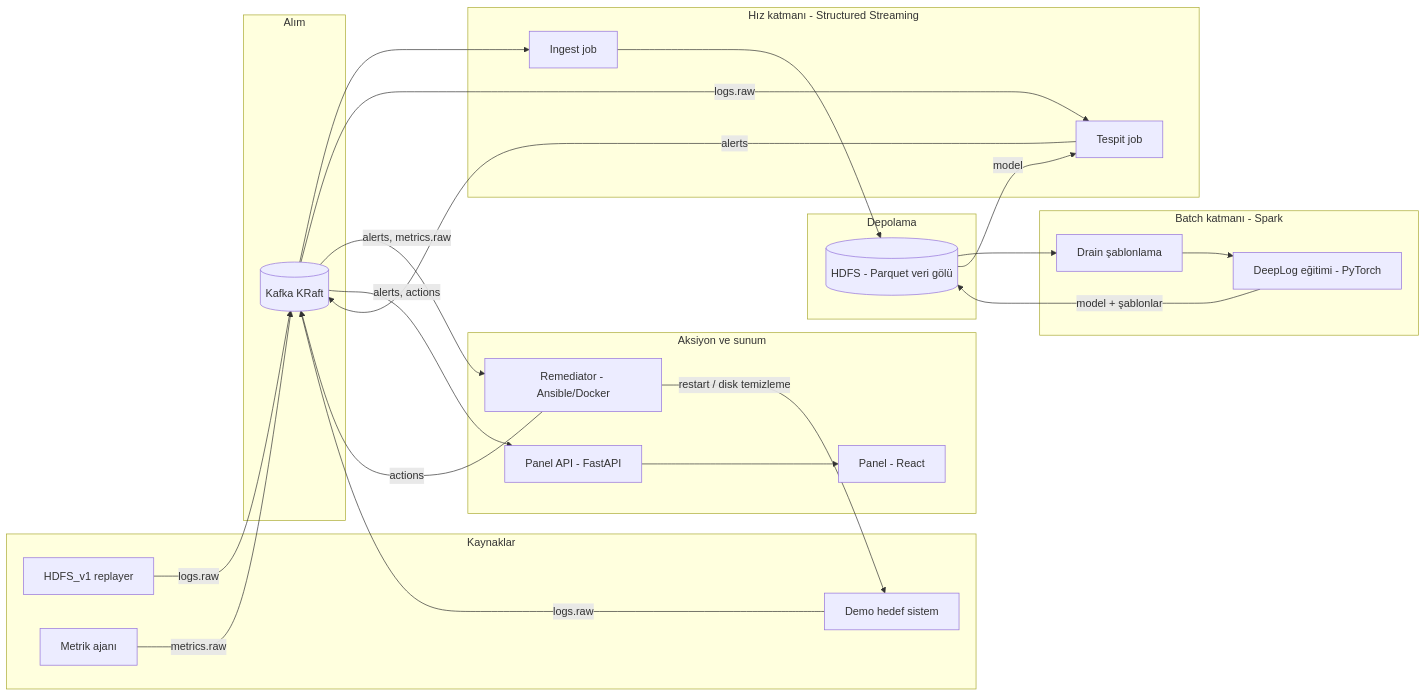
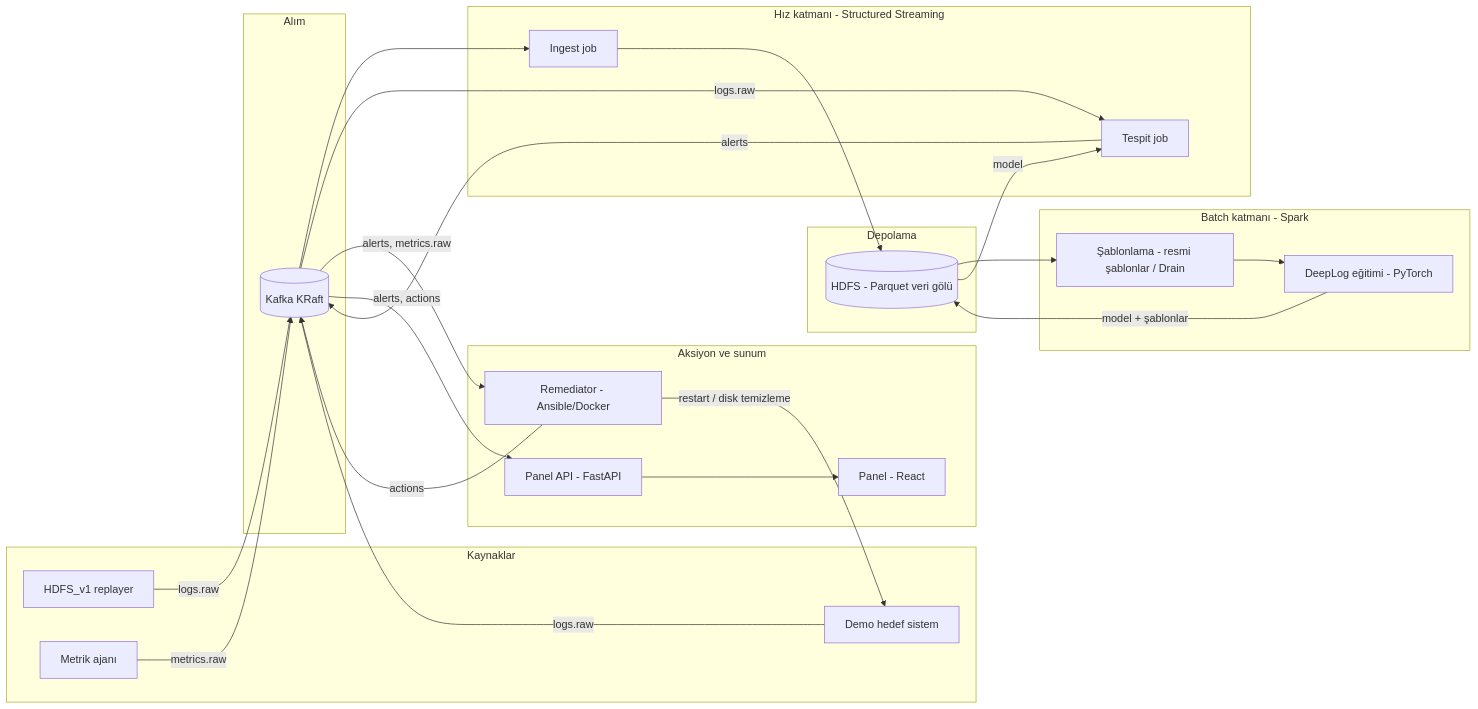
The first of 2 diagrams in docs/01-mimari.md (ardagonca/deeplog-aiops), drawn with Mermaid before and after one commit. The commit also changed other lines of this file and 4 other files, not shown here.

````diff
--- a/docs/01-mimari.md
+++ b/docs/01-mimari.md
@@ -11,37 +11,37 @@
 ```mermaid
 flowchart LR
   subgraph SRC[Kaynaklar]
     R[HDFS_v1 replayer]
     D[Demo hedef sistem]
     MA[Metrik ajanı]
   end
   subgraph ING[Alım]
     K[(Kafka KRaft)]
   end
   subgraph STO[Depolama]
     H[(HDFS - Parquet veri gölü)]
   end
   subgraph BATCH[Batch katmanı - Spark]
-    P[Drain şablonlama]
+    P[Şablonlama - resmi şablonlar / Drain]
     T[DeepLog eğitimi - PyTorch]
   end
   subgraph SPEED[Hız katmanı - Structured Streaming]
     I[Ingest job]
     S[Tespit job]
   end
   subgraph ACT[Aksiyon ve sunum]
     RM[Remediator - Ansible/Docker]
     API[Panel API - FastAPI]
     UI[Panel - React]
   end
   R -->|logs.raw| K
   D -->|logs.raw| K
   MA -->|metrics.raw| K
   K --> I --> H
   H --> P --> T -->|model + şablonlar| H
   H -->|model| S
   K -->|logs.raw| S -->|alerts| K
   K -->|alerts, metrics.raw| RM -->|actions| K
   RM -->|restart / disk temizleme| D
   K -->|alerts, actions| API --> UI
 ```
````
